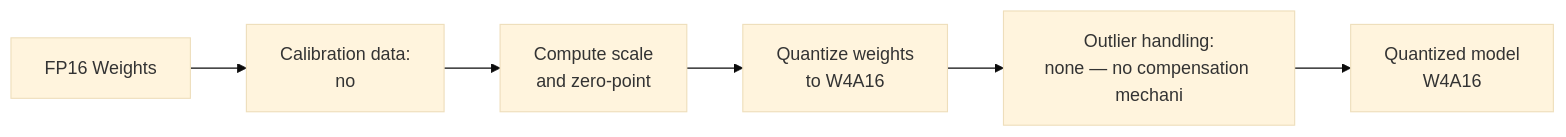
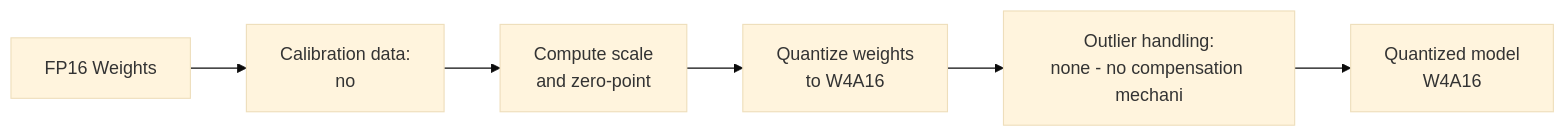
One commit to arpitsinghgautam/llm-quantization-gallery changed the diagram in assets/mermaid/rtn.mmd. Above: the diagram before and after it, drawn with Mermaid (base theme). The commit also changed 9 other files, not shown here.

First line of the commit message:
fix(mermaid): strip parens/braces/dashes from node labels to prevent parse errors

```diff
--- a/assets/mermaid/rtn.mmd
+++ b/assets/mermaid/rtn.mmd
@@ -1,6 +1,6 @@
 flowchart LR
     A[FP16 Weights] --> B[Calibration data:\nno]
     B --> C[Compute scale\nand zero-point]
     C --> D[Quantize weights\nto W4A16]
-    D --> E[Outlier handling:\nnone — no compensation mechani]
+    D --> E[Outlier handling:\nnone - no compensation mechani]
     E --> F[Quantized model\nW4A16]
```
